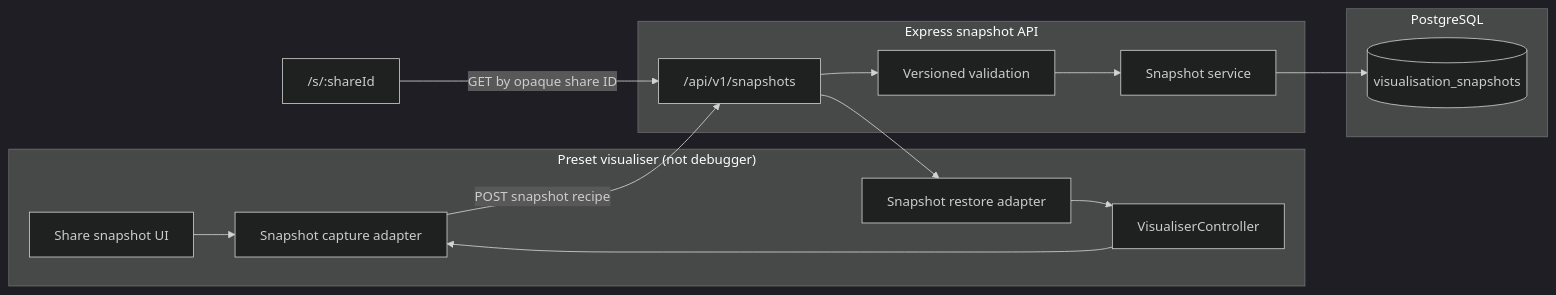
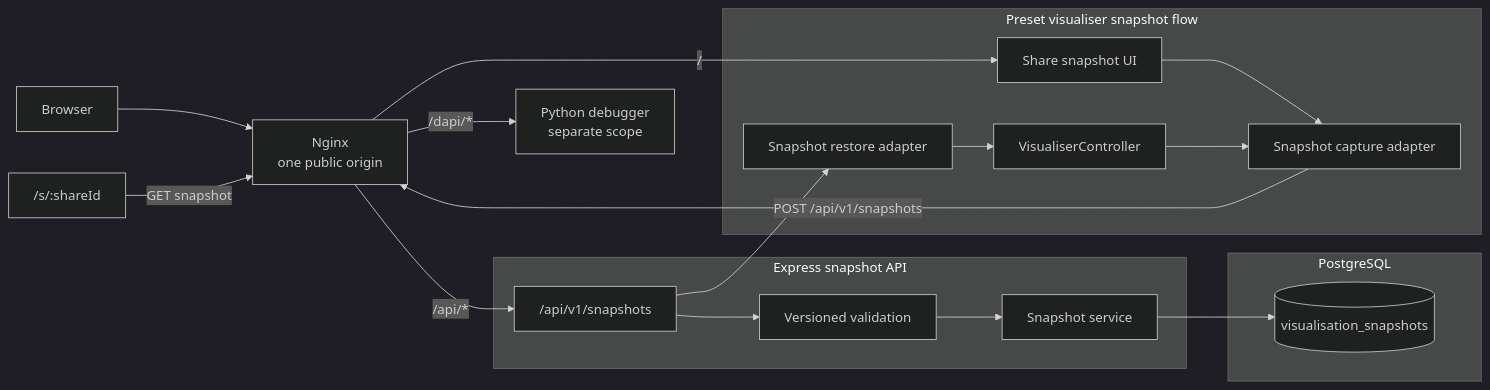
One commit to devsoc-unsw/structs.sh changed the diagram in docs/feat-record-visualisation-session/architecture.md. Above: the diagram before and after it, drawn with Mermaid (dark theme). The commit also changed other lines of this file and 8 other files, not shown here.

````diff
--- a/docs/feat-record-visualisation-session/architecture.md
+++ b/docs/feat-record-visualisation-session/architecture.md
@@ -54,28 +54,33 @@
 ```mermaid
 flowchart LR
-  subgraph Browser["Preset visualiser (not debugger)"]
+  BROWSER["Browser"] --> GATEWAY["Nginx<br/>one public origin"]
+
+  subgraph Browser["Preset visualiser snapshot flow"]
     UI["Share snapshot UI"]
     VC["VisualiserController"]
     CAP["Snapshot capture adapter"]
     RESTORE["Snapshot restore adapter"]
     UI --> CAP
     VC --> CAP
     RESTORE --> VC
   end
 
   subgraph API["Express snapshot API"]
     ROUTES["/api/v1/snapshots"]
     VALIDATE["Versioned validation"]
     SERVICE["Snapshot service"]
     ROUTES --> VALIDATE --> SERVICE
   end
 
   subgraph Storage["PostgreSQL"]
     SNAPSHOTS[("visualisation_snapshots")]
   end
 
-  CAP -->|"POST snapshot recipe"| ROUTES
+  GATEWAY -->|"/"| UI
+  GATEWAY -->|"/api/*"| ROUTES
+  GATEWAY -->|"/dapi/*"| DEBUGGER["Python debugger<br/>separate scope"]
+  CAP -->|"POST /api/v1/snapshots"| GATEWAY
   SERVICE --> SNAPSHOTS
-  SHARE["/s/:shareId"] -->|"GET by opaque share ID"| ROUTES
+  SHARE["/s/:shareId"] -->|"GET snapshot"| GATEWAY
   ROUTES --> RESTORE
 ```
````
